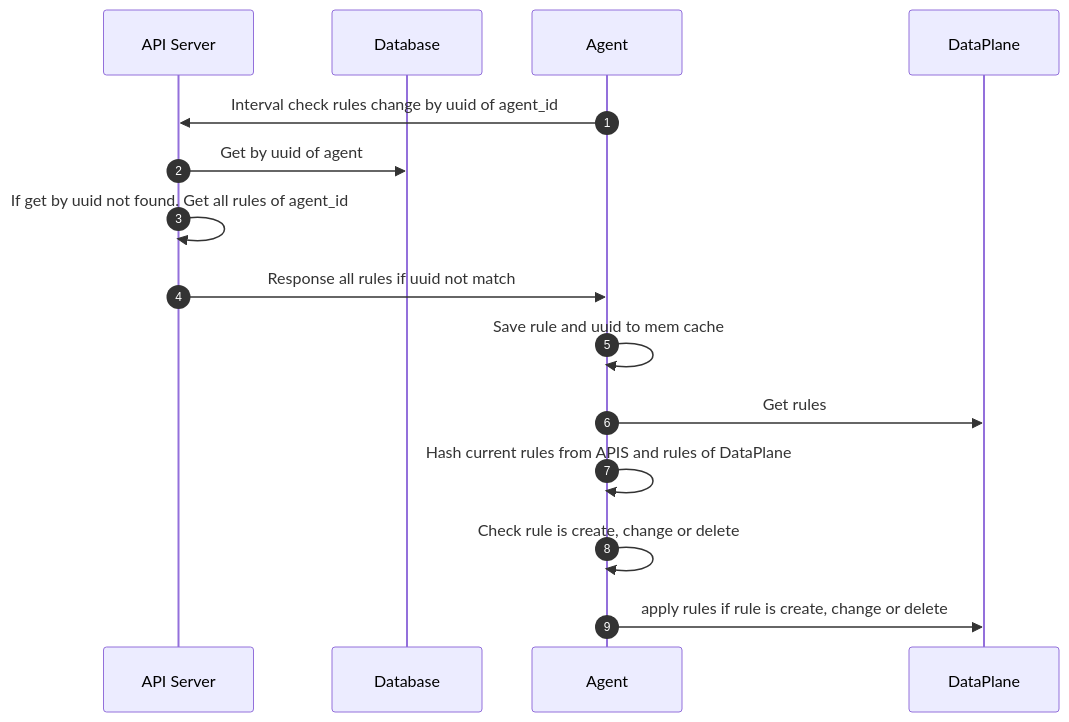
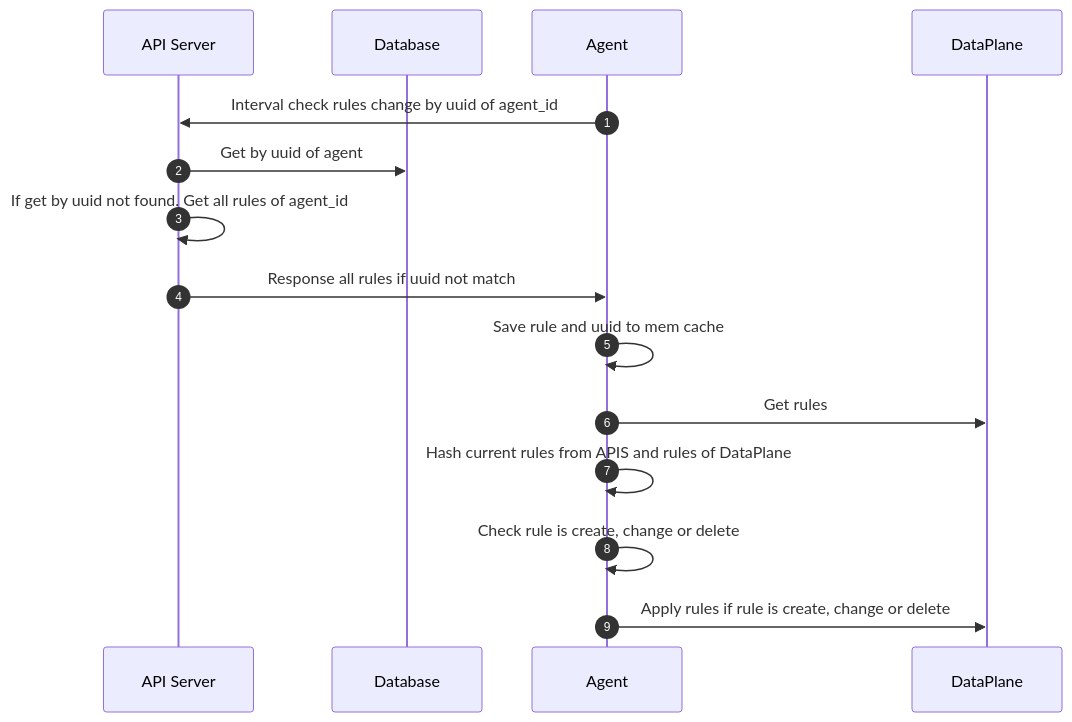
Before and after one commit to bamboo-firewall/docs: the second of 7 diagrams in case-studies/policy/usecase.md, drawn with Mermaid. The commit also changed other lines of this file, not shown here.

Commit message:
PAAS-1283-flow-apply-rule

````diff
--- a/case-studies/policy/usecase.md
+++ b/case-studies/policy/usecase.md
@@ -21,17 +21,17 @@
 ```mermaid
 sequenceDiagram
     autonumber
     participant APIS as API Server
     participant DB as Database
     participant Agent as Agent
     participant DP as DataPlane
     Agent ->> APIS: Interval check rules change by uuid of agent_id
     APIS ->> DB: Get by uuid of agent
     APIS ->> APIS: If get by uuid not found. Get all rules of agent_id
     APIS ->> Agent: Response all rules if uuid not match
     Agent ->> Agent: Save rule and uuid to mem cache
     Agent ->> DP: Get rules
     Agent ->> Agent: Hash current rules from APIS and rules of DataPlane
     Agent ->> Agent: Check rule is create, change or delete
-    Agent ->> DP: apply rules if rule is create, change or delete
+    Agent ->> DP: Apply rules if rule is create, change or delete
 ```
````
